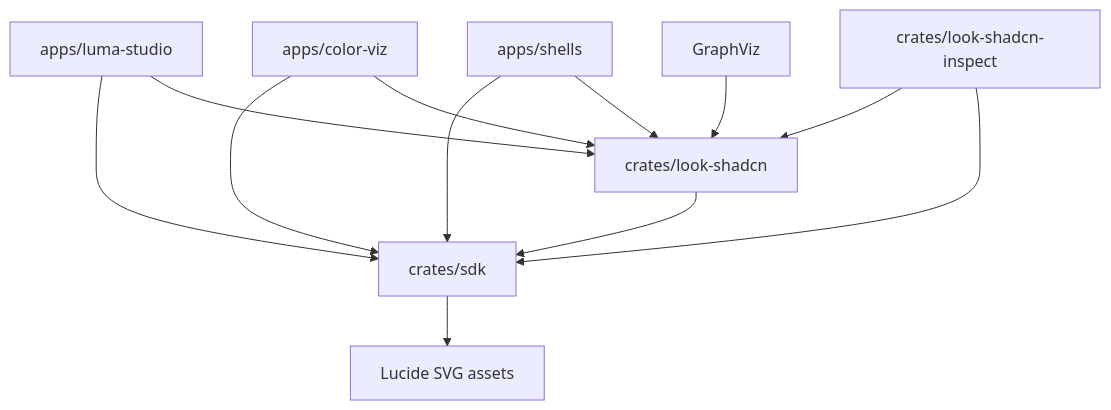
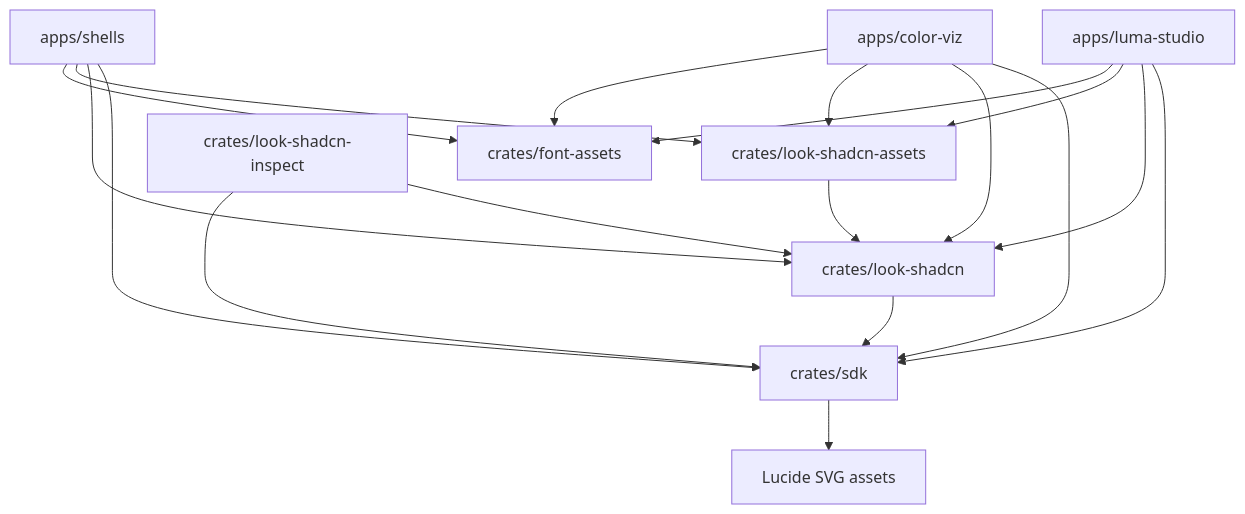
The diagram in docs/architecture.md (gpui-luma-dev/gpui-luma), drawn with Mermaid before and after one commit. The commit also changed other lines of this file and 69 other files, not shown here.

````diff
--- a/docs/architecture.md
+++ b/docs/architecture.md
@@ -24,14 +25,20 @@
 ```mermaid
 graph TD
     Studio[apps/luma-studio] --> SDK[crates/sdk]
     SDK --> Lucide[Lucide SVG assets]
     Studio --> Look[crates/look-shadcn]
+    Studio --> Assets[crates/look-shadcn-assets]
+    Studio --> Fonts[crates/font-assets]
     ColorViz[apps/color-viz] --> SDK
     ColorViz --> Look
-    GraphViz --> Look
+    ColorViz --> Assets
+    ColorViz --> Fonts
     Shells[apps/shells] --> SDK
     Shells --> Look
+    Shells --> Assets
+    Shells --> Fonts
     Look --> SDK
+    Assets --> Look
     LookInspect[crates/look-shadcn-inspect] --> Look
     LookInspect --> SDK
 ```
````
